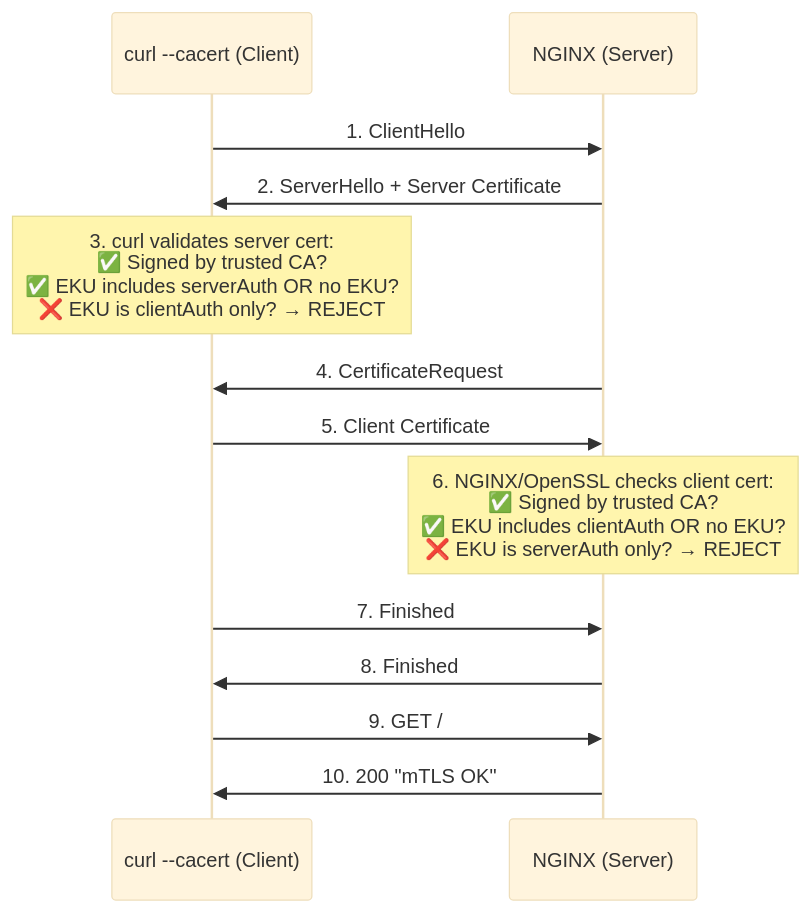
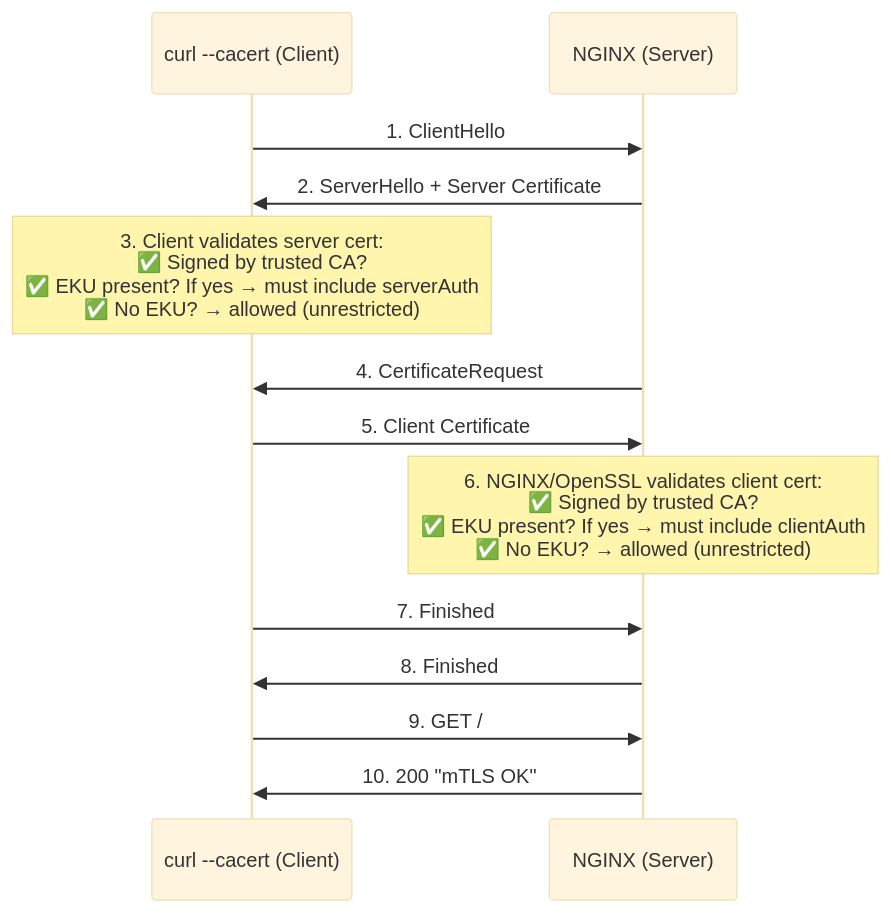
One commit to jaysonv/mtls-lab changed the third of 6 diagrams in README.md. Above: the diagram before and after it, drawn with Mermaid (base theme). The commit also changed other lines of this file and 2 other files, not shown here.

````diff
--- a/README.md
+++ b/README.md
@@ -73,16 +68,16 @@
 ```mermaid
 sequenceDiagram
     participant C as curl --cacert (Client)
     participant N as NGINX (Server)
 
     C->>N: 1. ClientHello
     N->>C: 2. ServerHello + Server Certificate
-    Note over C: 3. curl validates server cert:<br/>✅ Signed by trusted CA?<br/>✅ EKU includes serverAuth OR no EKU?<br/>❌ EKU is clientAuth only? → REJECT
+    Note over C: 3. Client validates server cert:<br/>✅ Signed by trusted CA?<br/>✅ EKU present? If yes → must include serverAuth<br/>✅ No EKU? → allowed (unrestricted)
     N->>C: 4. CertificateRequest
     C->>N: 5. Client Certificate
-    Note over N: 6. NGINX/OpenSSL checks client cert:<br/>✅ Signed by trusted CA?<br/>✅ EKU includes clientAuth OR no EKU?<br/>❌ EKU is serverAuth only? → REJECT
+    Note over N: 6. NGINX/OpenSSL validates client cert:<br/>✅ Signed by trusted CA?<br/>✅ EKU present? If yes → must include clientAuth<br/>✅ No EKU? → allowed (unrestricted)
     C->>N: 7. Finished
     N->>C: 8. Finished
     C->>N: 9. GET /
     N->>C: 10. 200 "mTLS OK"
 ```
````
